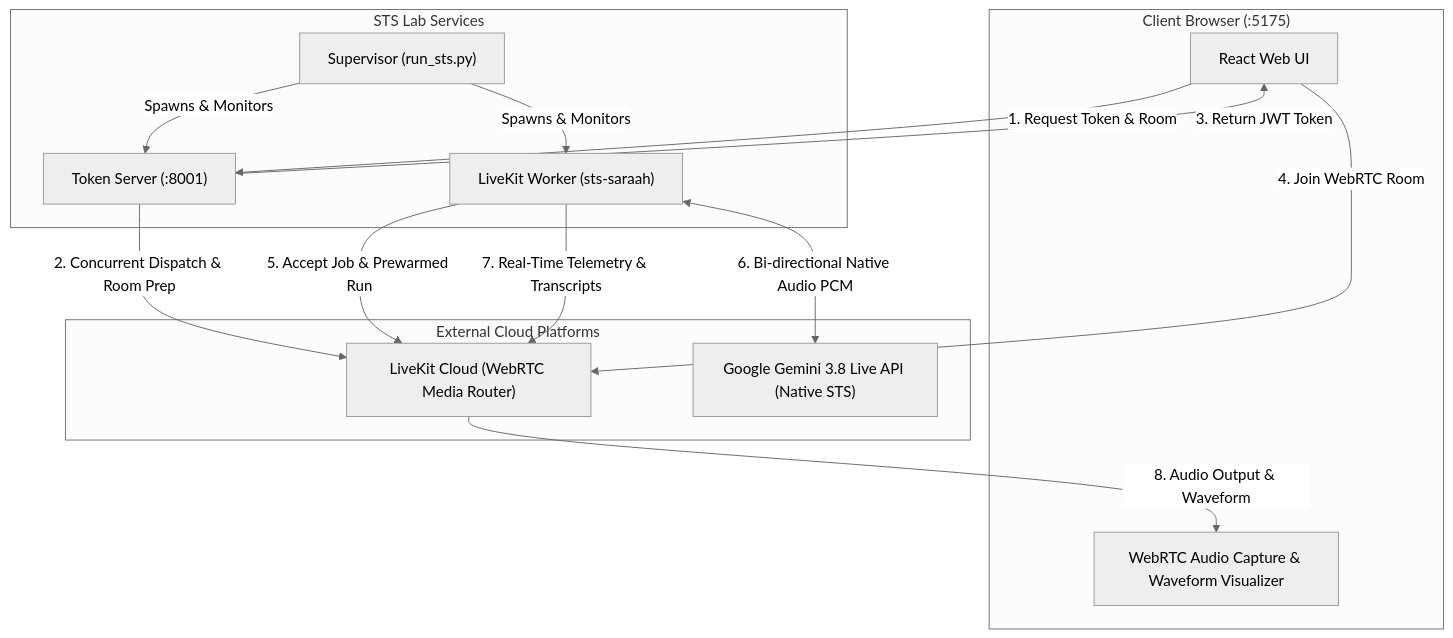
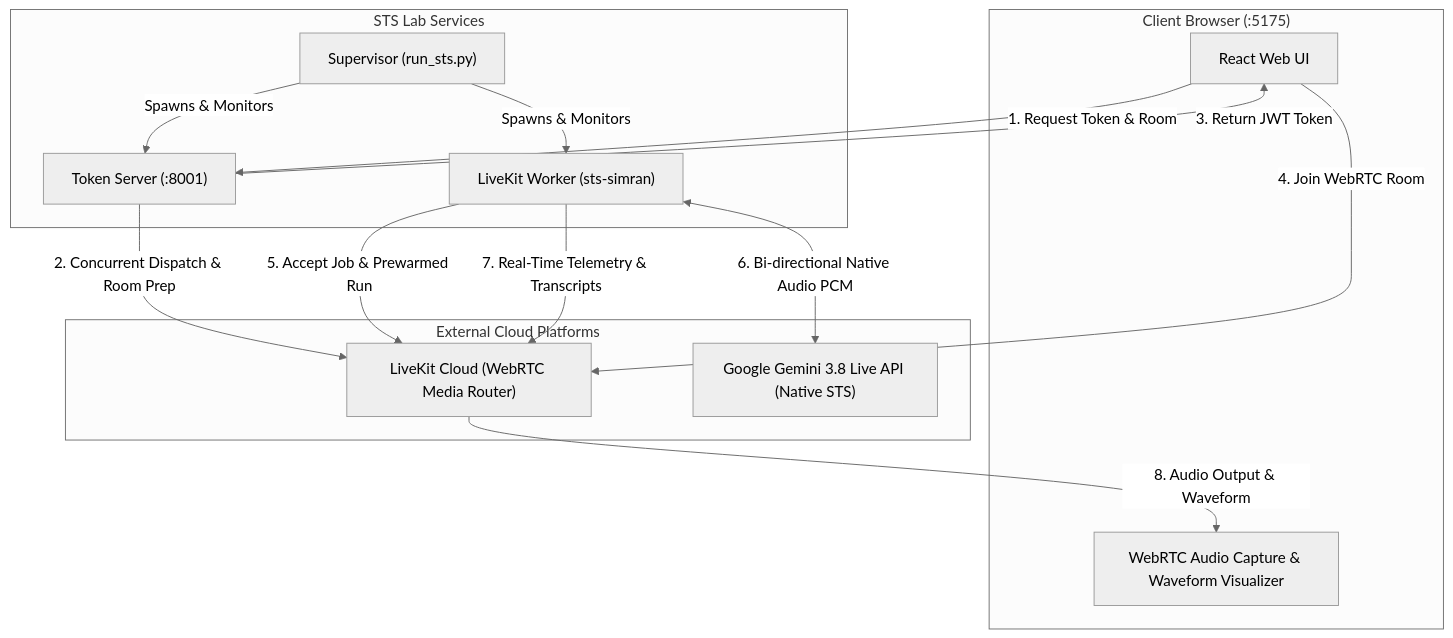
Before and after one commit to YuvrajSatwan/roxstar-voice-bot: the first of 3 diagrams in docs/WORKFLOW.md, drawn with Mermaid (neutral theme). The commit also changed other lines of this file and 32 other files, not shown here.

Commit message:
feat: complete rename from Saara/Saraah to Simran across frontend, backend, and documentation

````diff
--- a/docs/WORKFLOW.md
+++ b/docs/WORKFLOW.md
@@ -9,32 +9,32 @@
 ```mermaid
 flowchart TD
     subgraph Client ["Client Browser (:5175)"]
         UI["React Web UI"]
         WebRTC["WebRTC Audio Capture & Waveform Visualizer"]
     end
 
     subgraph Backend ["STS Lab Services"]
         Super["Supervisor (run_sts.py)"]
         Server["Token Server (:8001)"]
-        Worker["LiveKit Worker (sts-saraah)"]
+        Worker["LiveKit Worker (sts-simran)"]
     end
 
     subgraph Cloud ["External Cloud Platforms"]
         LK["LiveKit Cloud (WebRTC Media Router)"]
         Gemini["Google Gemini 3.8 Live API (Native STS)"]
     end
 
     Super -->|Spawns & Monitors| Server
     Super -->|Spawns & Monitors| Worker
 
     UI -->|1. Request Token & Room| Server
     Server -->|2. Concurrent Dispatch & Room Prep| LK
     Server -->|3. Return JWT Token| UI
 
     UI -->|4. Join WebRTC Room| LK
     Worker -->|5. Accept Job & Prewarmed Run| LK
 
     Worker <-->|6. Bi-directional Native Audio PCM| Gemini
     Worker -->|7. Real-Time Telemetry & Transcripts| LK
     LK -->|8. Audio Output & Waveform| WebRTC
 ```
````
